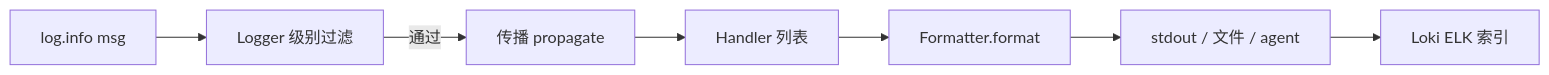
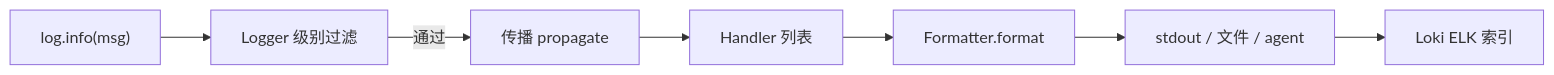
The first of 3 diagrams in 05-开发能力/02-Python/05-logging日志规范/知识点.md (ml-cuizijun/LearnToLilith), drawn with Mermaid before and after one commit. The commit also changed other lines of this file and 178 other files, not shown here.

````diff
--- a/05-开发能力/02-Python/05-logging日志规范/知识点.md
+++ b/05-开发能力/02-Python/05-logging日志规范/知识点.md
@@ -80,9 +78,9 @@
 ```mermaid
 flowchart LR
-    A[log.info msg] --> B[Logger 级别过滤]
+    A["log.info(msg)"] --> B[Logger 级别过滤]
     B -->|通过| C[传播 propagate]
     C --> D[Handler 列表]
     D --> E[Formatter.format]
     E --> F[stdout / 文件 / agent]
     F --> G[Loki ELK 索引]
 ```
````
